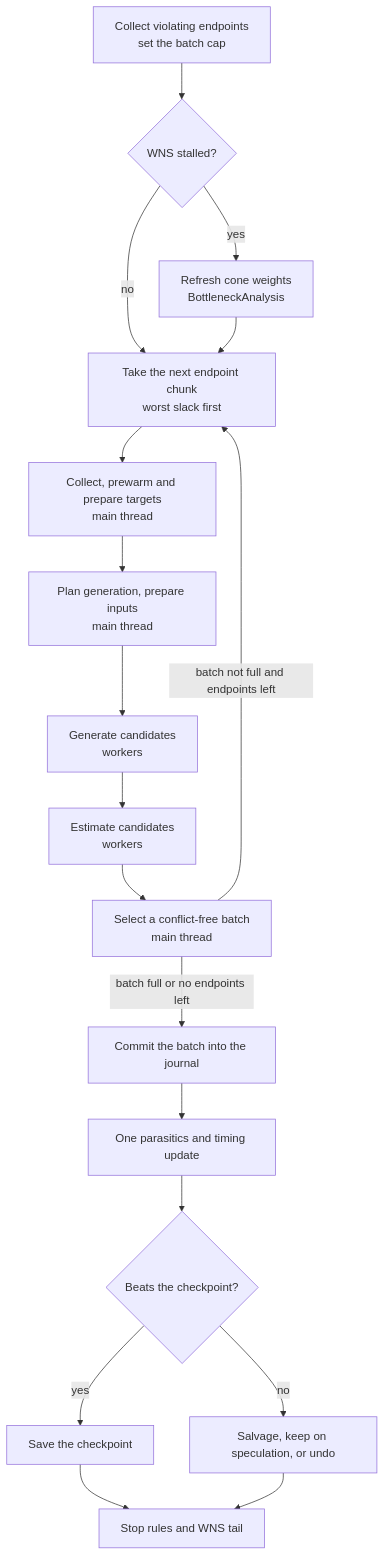
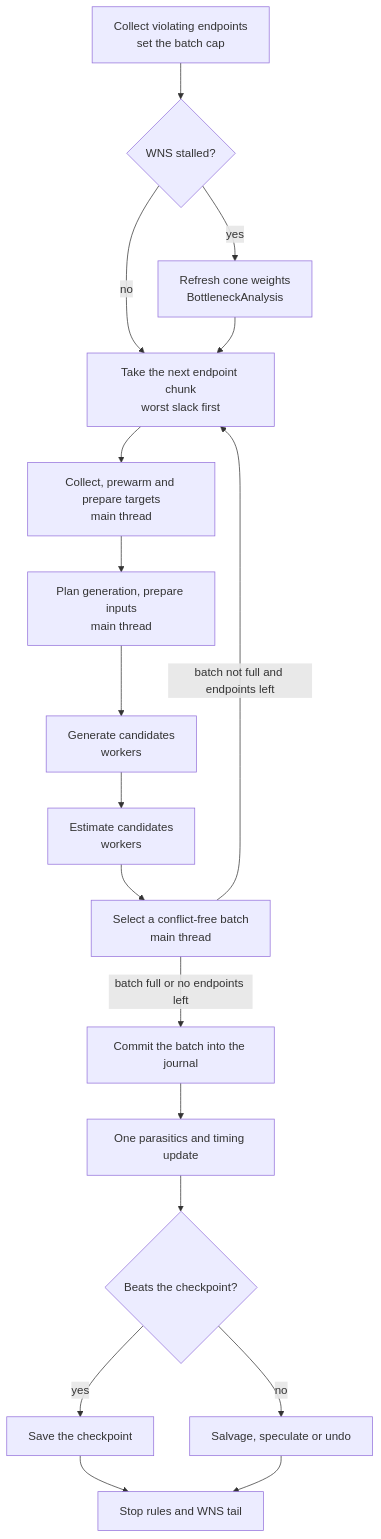
Before and after one commit to The-OpenROAD-Project/OpenROAD: the third of 3 diagrams in src/rsz/doc/architecture.md, drawn with Mermaid. The commit also changed other lines of this file and 1 other file, not shown here.

Commit message:
doc: Call the PARALLEL_EVAL tail outcome speculate throughout
What: architecture.md and the SetupParallelEvalPolicy comments name the
outcome of a missed tail batch that stays in the journal "speculate",
the term of the Batch Outcome list, instead of "keep" or "keep on
speculation".

Why: review of #11805. The flow summary said "keep", the flowchart
"keep on speculation" and the outcome list "Speculate"; one term is
clearer.

How: wording only. No behavior change.

````diff
--- a/src/rsz/doc/architecture.md
+++ b/src/rsz/doc/architecture.md
@@ -672,20 +672,20 @@
 ```mermaid
 flowchart TD
     A[Collect violating endpoints<br/>set the batch cap] --> B{WNS stalled?}
     B -->|yes| C[Refresh cone weights<br/>BottleneckAnalysis]
     B -->|no| D
     C --> D[Take the next endpoint chunk<br/>worst slack first]
     D --> E[Collect, prewarm and prepare targets<br/>main thread]
     E --> F[Plan generation, prepare inputs<br/>main thread]
     F --> G[Generate candidates<br/>workers]
     G --> H[Estimate candidates<br/>workers]
     H --> I[Select a conflict-free batch<br/>main thread]
     I -->|batch not full and endpoints left| D
     I -->|batch full or no endpoints left| J[Commit the batch into the journal]
     J --> K[One parasitics and timing update]
     K --> L{Beats the checkpoint?}
     L -->|yes| M[Save the checkpoint]
-    L -->|no| N[Salvage, keep on speculation, or undo]
+    L -->|no| N[Salvage, speculate or undo]
     M --> O[Stop rules and WNS tail]
     N --> O
 ```
````
